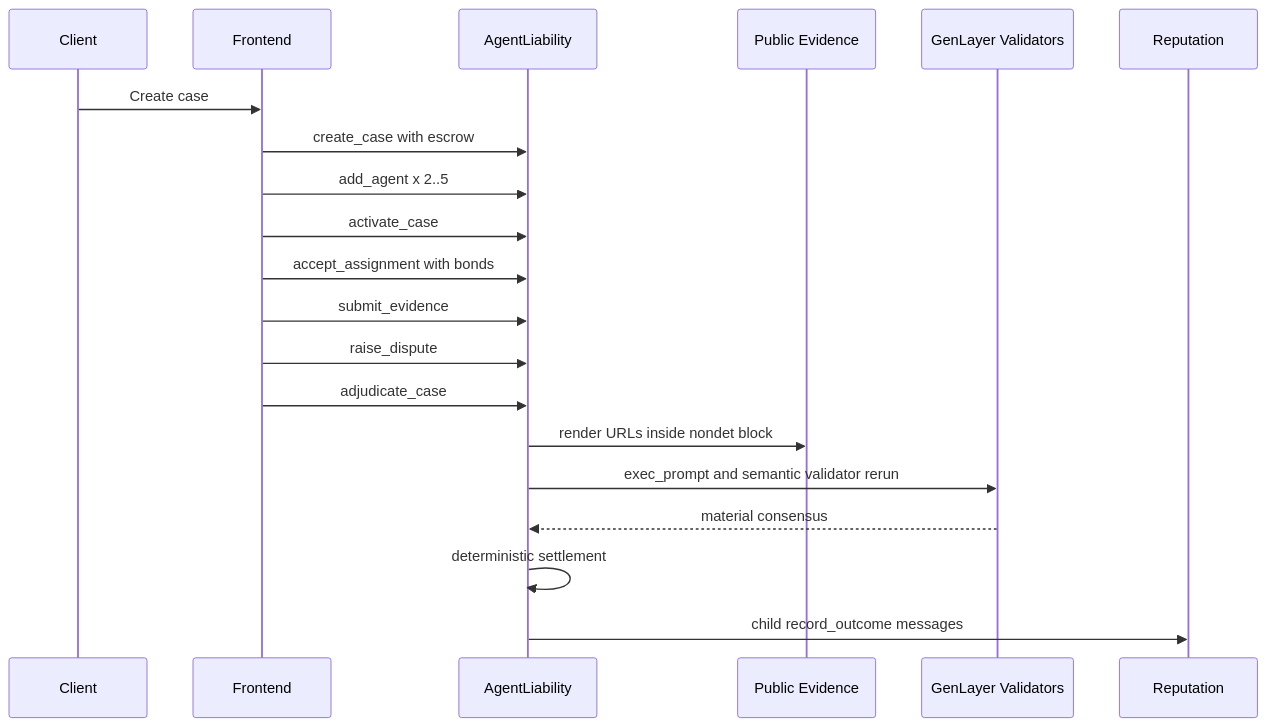
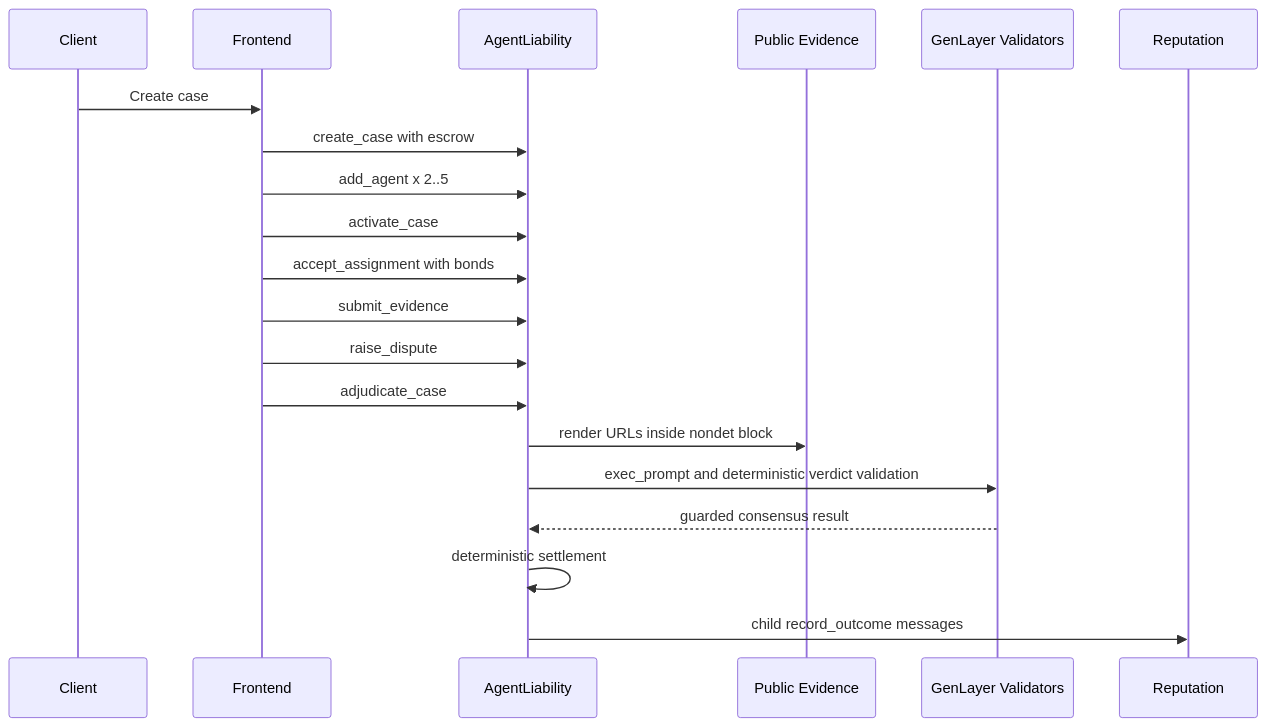
The diagram in docs/ARCHITECTURE.md (tanphung/agent-liability), drawn with Mermaid before and after one commit. The commit also changed 13 other files, not shown here.

````diff
--- a/docs/ARCHITECTURE.md
+++ b/docs/ARCHITECTURE.md
@@ -29,23 +29,23 @@
 ```mermaid
 sequenceDiagram
   participant Client
   participant UI as Frontend
   participant Main as AgentLiability
   participant Web as Public Evidence
   participant V as GenLayer Validators
   participant Rep as Reputation
 
   Client->>UI: Create case
   UI->>Main: create_case with escrow
   UI->>Main: add_agent x 2..5
   UI->>Main: activate_case
   UI->>Main: accept_assignment with bonds
   UI->>Main: submit_evidence
   UI->>Main: raise_dispute
   UI->>Main: adjudicate_case
   Main->>Web: render URLs inside nondet block
-  Main->>V: exec_prompt and semantic validator rerun
-  V-->>Main: material consensus
+  Main->>V: exec_prompt and deterministic verdict validation
+  V-->>Main: guarded consensus result
   Main->>Main: deterministic settlement
   Main->>Rep: child record_outcome messages
 ```
````
